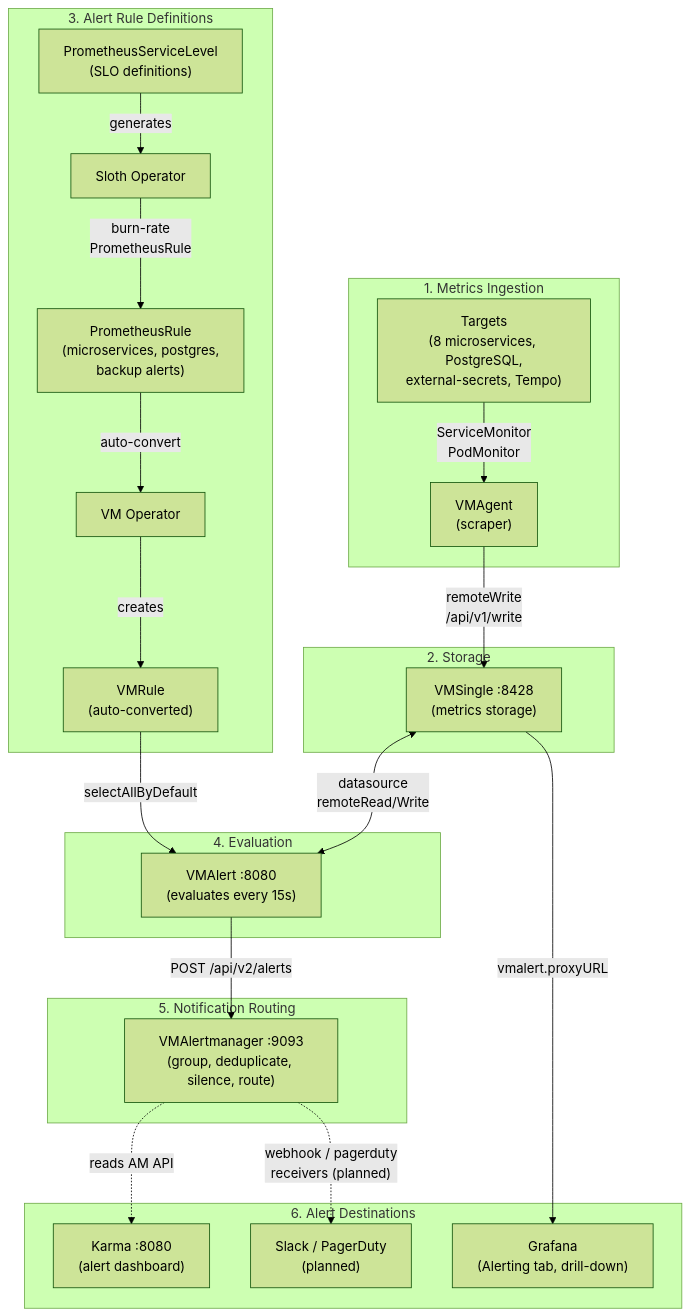
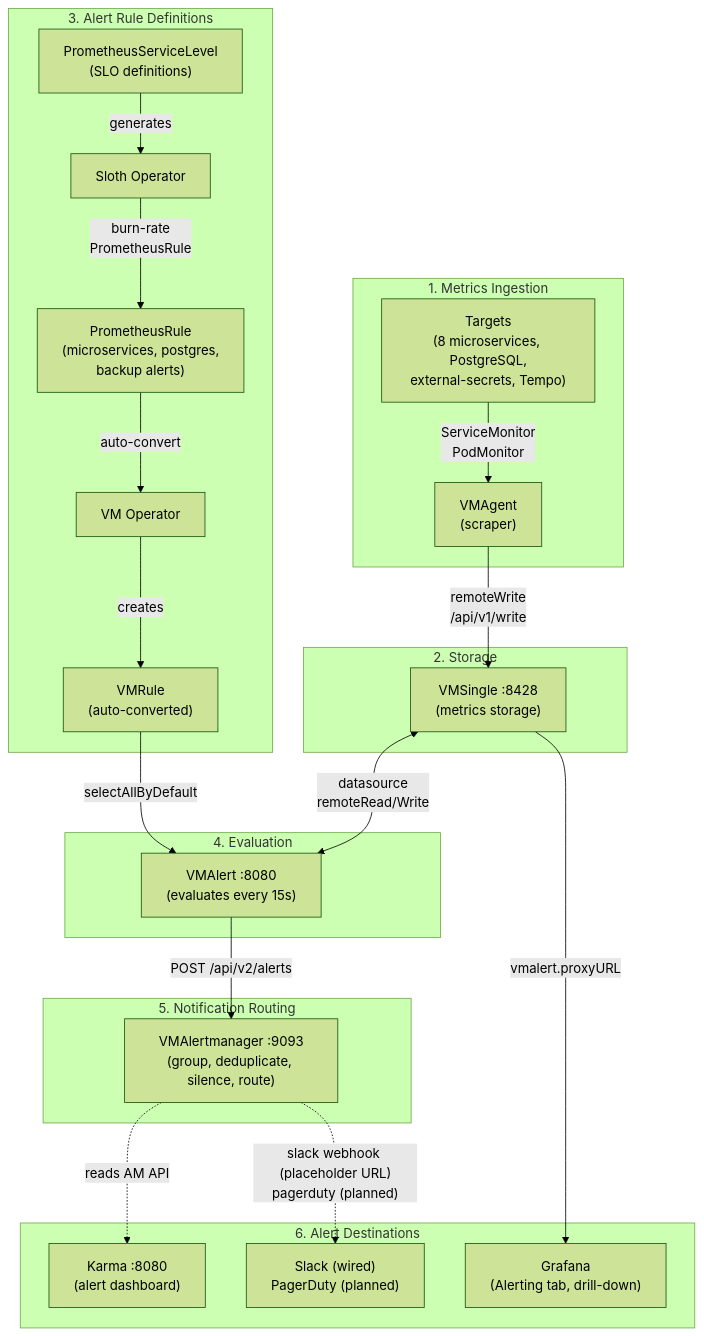
The first of 3 diagrams in docs/observability/alerting/README.md (duynhlab/homelab), drawn with Mermaid (forest theme) before and after one commit. The commit also changed other lines of this file and 8 other files, not shown here.

````diff
--- a/docs/observability/alerting/README.md
+++ b/docs/observability/alerting/README.md
@@ -9,47 +9,47 @@
 ```mermaid
 flowchart TD
     subgraph ingestion ["1. Metrics Ingestion"]
         Targets["Targets<br/>(8 microservices, PostgreSQL,<br/>external-secrets, Tempo)"]
         VMAgent["VMAgent<br/>(scraper)"]
         Targets -->|"ServiceMonitor<br/>PodMonitor"| VMAgent
     end
 
     subgraph storage ["2. Storage"]
         VMSingle["VMSingle :8428<br/>(metrics storage)"]
         VMAgent -->|"remoteWrite<br/>/api/v1/write"| VMSingle
     end
 
     subgraph rules ["3. Alert Rule Definitions"]
         PR["PrometheusRule<br/>(microservices, postgres,<br/>backup alerts)"]
         PSL["PrometheusServiceLevel<br/>(SLO definitions)"]
         Sloth["Sloth Operator"]
         VMOp["VM Operator"]
         VMRule["VMRule<br/>(auto-converted)"]
 
         PSL -->|generates| Sloth
         Sloth -->|"burn-rate<br/>PrometheusRule"| PR
         PR -->|auto-convert| VMOp
         VMOp -->|creates| VMRule
     end
 
     subgraph evaluation ["4. Evaluation"]
         VMAlert["VMAlert :8080<br/>(evaluates every 15s)"]
         VMRule -->|selectAllByDefault| VMAlert
         VMSingle <-->|"datasource<br/>remoteRead/Write"| VMAlert
     end
 
     subgraph notification ["5. Notification Routing"]
         VMAM["VMAlertmanager :9093<br/>(group, deduplicate, silence, route)"]
         VMAlert -->|"POST /api/v2/alerts"| VMAM
     end
 
     subgraph destinations ["6. Alert Destinations"]
         Karma["Karma :8080<br/>(alert dashboard)"]
         Grafana["Grafana<br/>(Alerting tab, drill-down)"]
-        Slack["Slack / PagerDuty<br/>(planned)"]
+        Slack["Slack (wired)<br/>PagerDuty (planned)"]
 
         VMAM -.->|"reads AM API"| Karma
         VMSingle -->|"vmalert.proxyURL"| Grafana
-        VMAM -.->|"webhook / pagerduty<br/>receivers (planned)"| Slack
+        VMAM -.->|"slack webhook (placeholder URL)<br/>pagerduty (planned)"| Slack
     end
 ```
````
